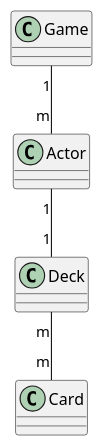
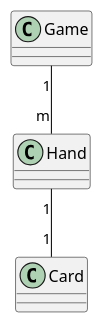
One commit to saku-kaarakainen/iceye-home-work changed the diagram in README.md. Above: the diagram before and after it, drawn with PlantUML. The commit also changed other lines of this file and 23 other files, not shown here.

````diff
--- a/README.md
+++ b/README.md
@@ -61,9 +53,8 @@
 ```plantuml
 @startuml
 
-Game "1" -- "m" Actor
-Actor "1" -- "1" Deck
-Deck "m" -- "m" Card
+Game "1" -- "m" Hand
+Hand "1" -- "1" Card
 
 @enduml
 ```
````
